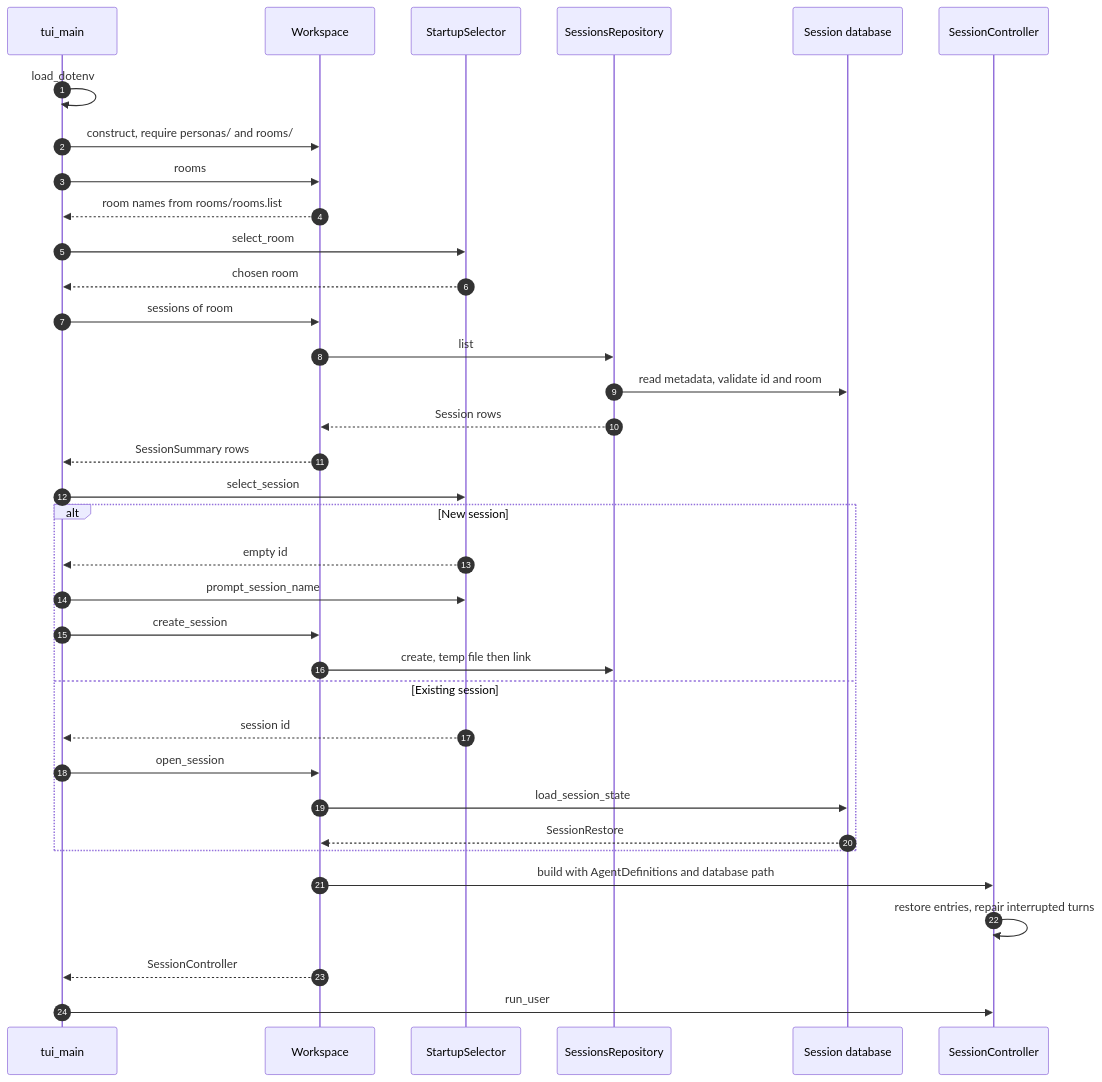
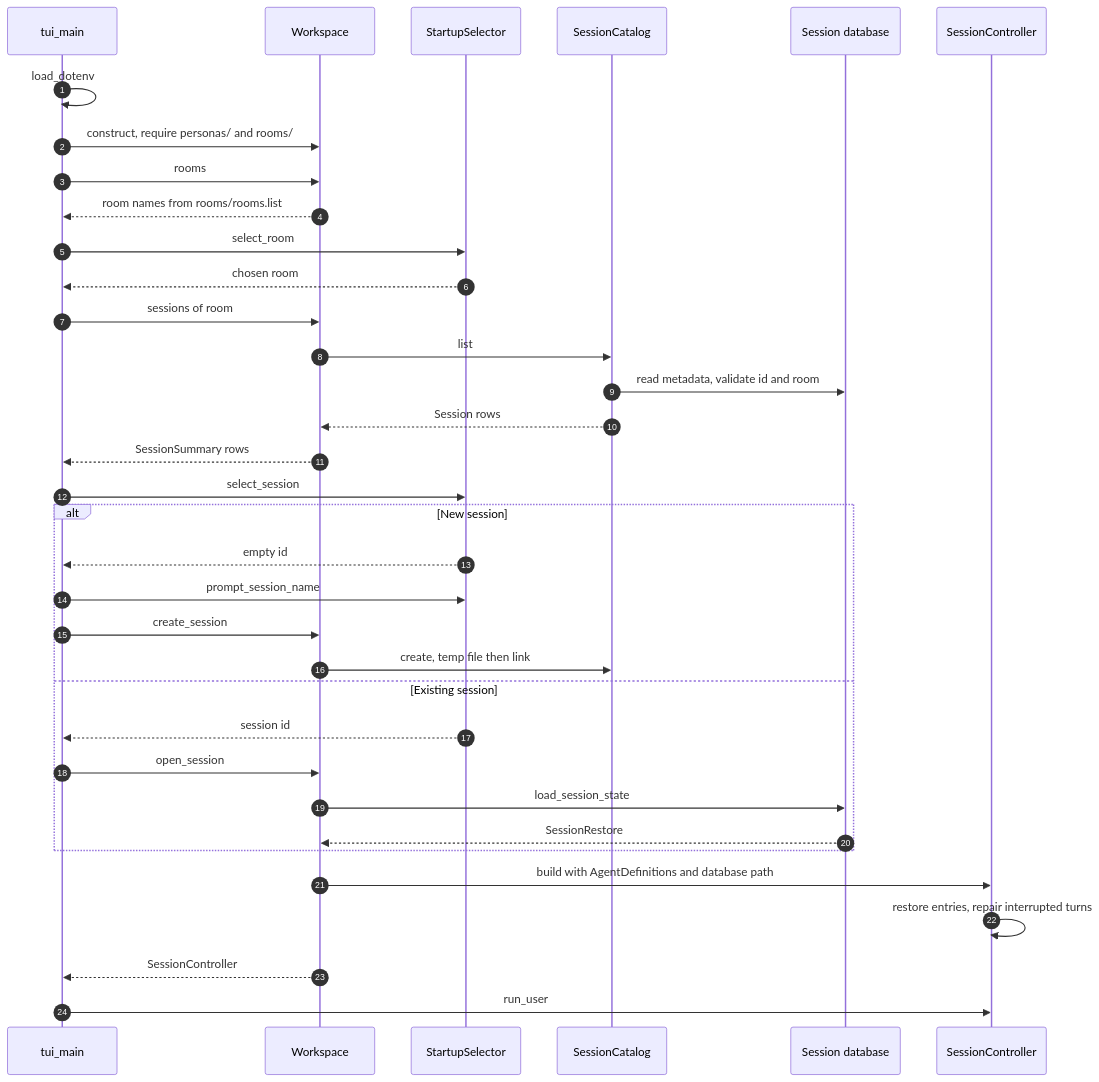
The second of 4 diagrams in src/README.md (michaelpopov/cha), drawn with Mermaid before and after one commit. The commit also changed other lines of this file and 39 other files, not shown here.

````diff
--- a/src/README.md
+++ b/src/README.md
@@ -148,38 +148,38 @@
 ```mermaid
 sequenceDiagram
     autonumber
     participant main as tui_main
     participant ws as Workspace
     participant sel as StartupSelector
-    participant repo as SessionsRepository
+    participant cat as SessionCatalog
     participant db as Session database
     participant controller as SessionController
 
     main->>main: load_dotenv
     main->>ws: construct, require personas/ and rooms/
     main->>ws: rooms
     ws-->>main: room names from rooms/rooms.list
     main->>sel: select_room
     sel-->>main: chosen room
     main->>ws: sessions of room
-    ws->>repo: list
-    repo->>db: read metadata, validate id and room
-    repo-->>ws: Session rows
+    ws->>cat: list
+    cat->>db: read metadata, validate id and room
+    cat-->>ws: Session rows
     ws-->>main: SessionSummary rows
     main->>sel: select_session
     alt New session
         sel-->>main: empty id
         main->>sel: prompt_session_name
         main->>ws: create_session
-        ws->>repo: create, temp file then link
+        ws->>cat: create, temp file then link
     else Existing session
         sel-->>main: session id
         main->>ws: open_session
         ws->>db: load_session_state
         db-->>ws: SessionRestore
     end
     ws->>controller: build with AgentDefinitions and database path
     controller->>controller: restore entries, repair interrupted turns
     ws-->>main: SessionController
     main->>controller: run_user
 ```
````
